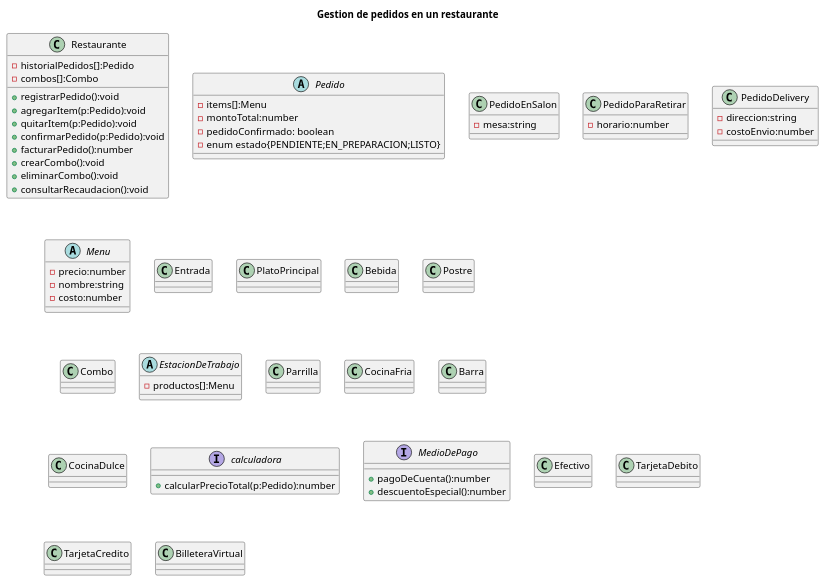
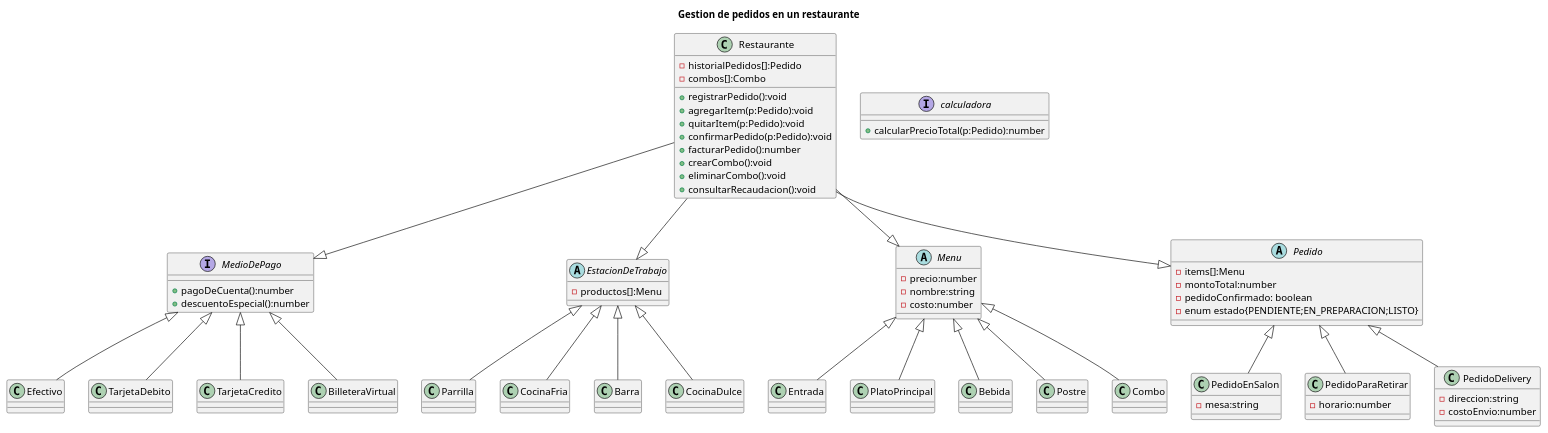
Before and after one commit to diegolacosta02/TP-Programacion-II_Grupo-02: the diagram in diagramas/clases.puml, drawn with PlantUML.

Commit message:
se establecen relaciones del diagrama

```diff
--- a/diagramas/clases.puml
+++ b/diagramas/clases.puml
@@ -1,105 +1,132 @@
 @startuml Trabajo Practico Programacion 2 Grupo 02 
 
 title Gestion de pedidos en un restaurante 
 
 class Restaurante{
     - historialPedidos[]:Pedido
     - combos[]:Combo
 
     + registrarPedido():void
     + agregarItem(p:Pedido):void
     + quitarItem(p:Pedido):void
     + confirmarPedido(p:Pedido):void
     + facturarPedido():number
     + crearCombo():void
     + eliminarCombo():void
     + consultarRecaudacion():void
 }
 
 abstract class Pedido{
     - items[]:Menu
     - montoTotal:number
     - pedidoConfirmado: boolean
     - enum estado{PENDIENTE;EN_PREPARACION;LISTO}
 }
 
 class PedidoEnSalon{
     - mesa:string
 }
 
 class PedidoParaRetirar{
     - horario:number
 }
 
 class PedidoDelivery{
     - direccion:string
     - costoEnvio:number
 }
 
 abstract class Menu{
     - precio:number
     - nombre:string
     - costo:number
 }
 
 class Entrada{
 
 }
 
 class PlatoPrincipal{
 
 }
 
 class Bebida{
 
 }
 
 class Postre{
 
 }
 
 class Combo{
 
 }
 
 abstract class EstacionDeTrabajo{
     - productos[]:Menu
 }
 
 class Parrilla{
 
 }
 
 class CocinaFria{
 
 }
 
 class Barra{
 
 }
 
 class CocinaDulce{
 
 }
 
 interface calculadora{
     + calcularPrecioTotal(p:Pedido):number
 }
 
 interface MedioDePago{
     + pagoDeCuenta():number
     + descuentoEspecial():number
 }
 class Efectivo{
 
 }
 class TarjetaDebito{
 
 }
 class TarjetaCredito{
 
 }
 class BilleteraVirtual{
 
 }
+
+'Relaciones'
+
+PedidoEnSalon -u-|> Pedido
+PedidoDelivery -u-|> Pedido
+PedidoParaRetirar -u-|> Pedido
+
+Entrada -u-|> Menu
+PlatoPrincipal -u-|> Menu
+Postre -u-|> Menu
+Bebida -u-|> Menu
+Combo -u-|> Menu
+
+Parrilla -u-|> EstacionDeTrabajo
+CocinaFria -u-|> EstacionDeTrabajo
+Barra -u-|> EstacionDeTrabajo
+CocinaDulce -u-|> EstacionDeTrabajo
+
+Efectivo -u-|> MedioDePago
+TarjetaCredito -u-|> MedioDePago
+TarjetaDebito -u-|> MedioDePago
+BilleteraVirtual -u-|> MedioDePago
+
+Restaurante -d-|> Menu
+Restaurante -d-|> EstacionDeTrabajo
+Restaurante -d-|> Pedido
+Restaurante -d-|> MedioDePago
 @enduml
```
